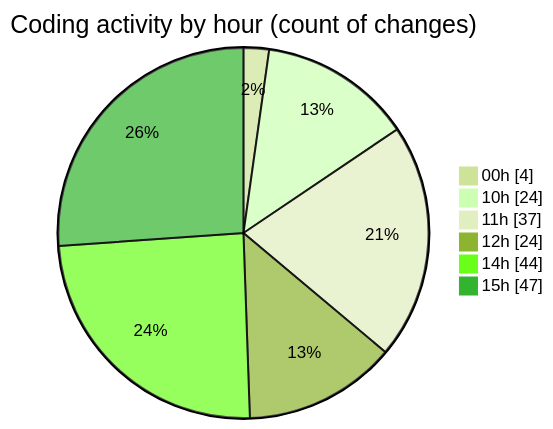
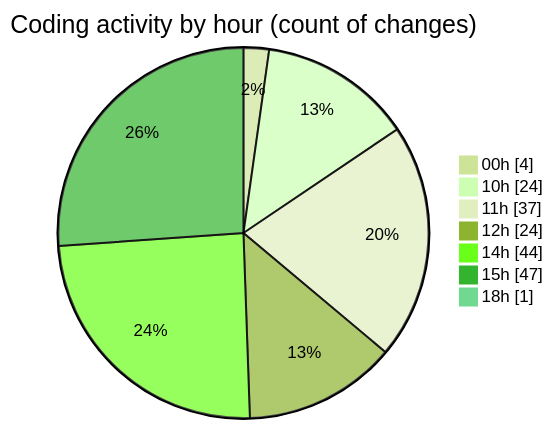
Before and after one commit to Netris89/code-tracking: the second of 2 diagrams in 2025-04-04/back-end/README.md, drawn with Mermaid (forest theme). The commit also changed other lines of this file and 1 other file, not shown here.

````diff
--- a/2025-04-04/back-end/README.md
+++ b/2025-04-04/back-end/README.md
@@ -51,10 +52,11 @@
 ```mermaid
 pie showData
 title Coding activity by hour (count of changes)
 "00h" : 4
 "10h" : 24
 "11h" : 37
 "12h" : 24
 "14h" : 44
 "15h" : 47
+"18h" : 1
 ```
````
